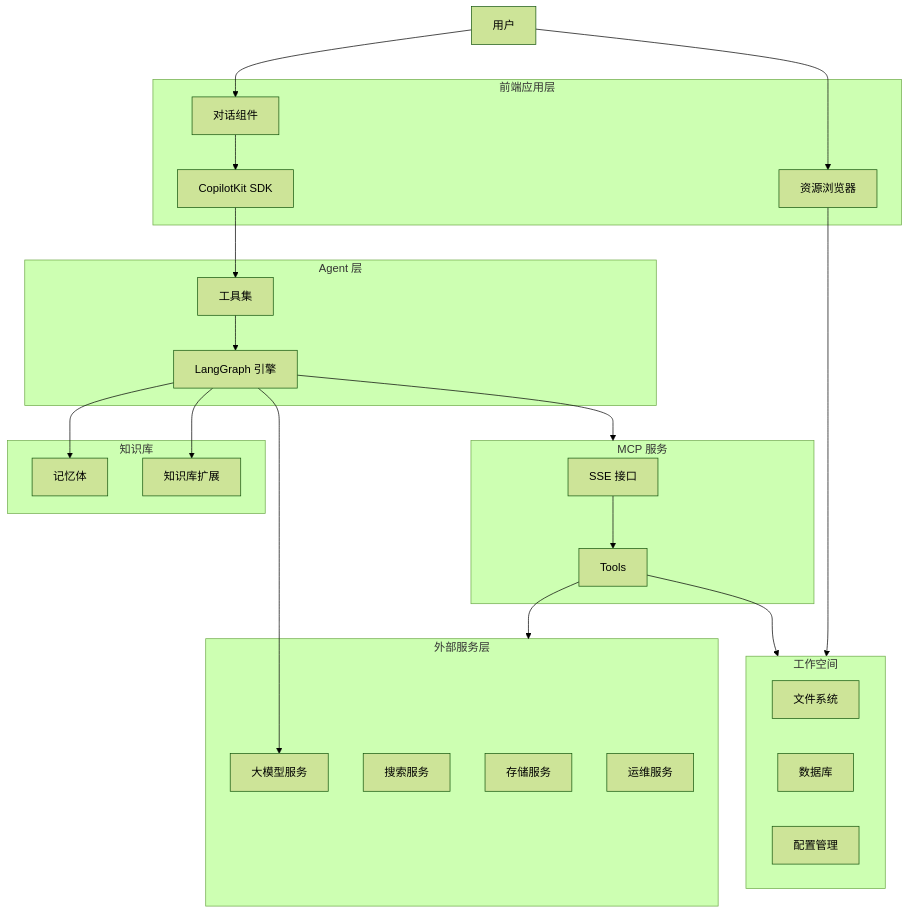
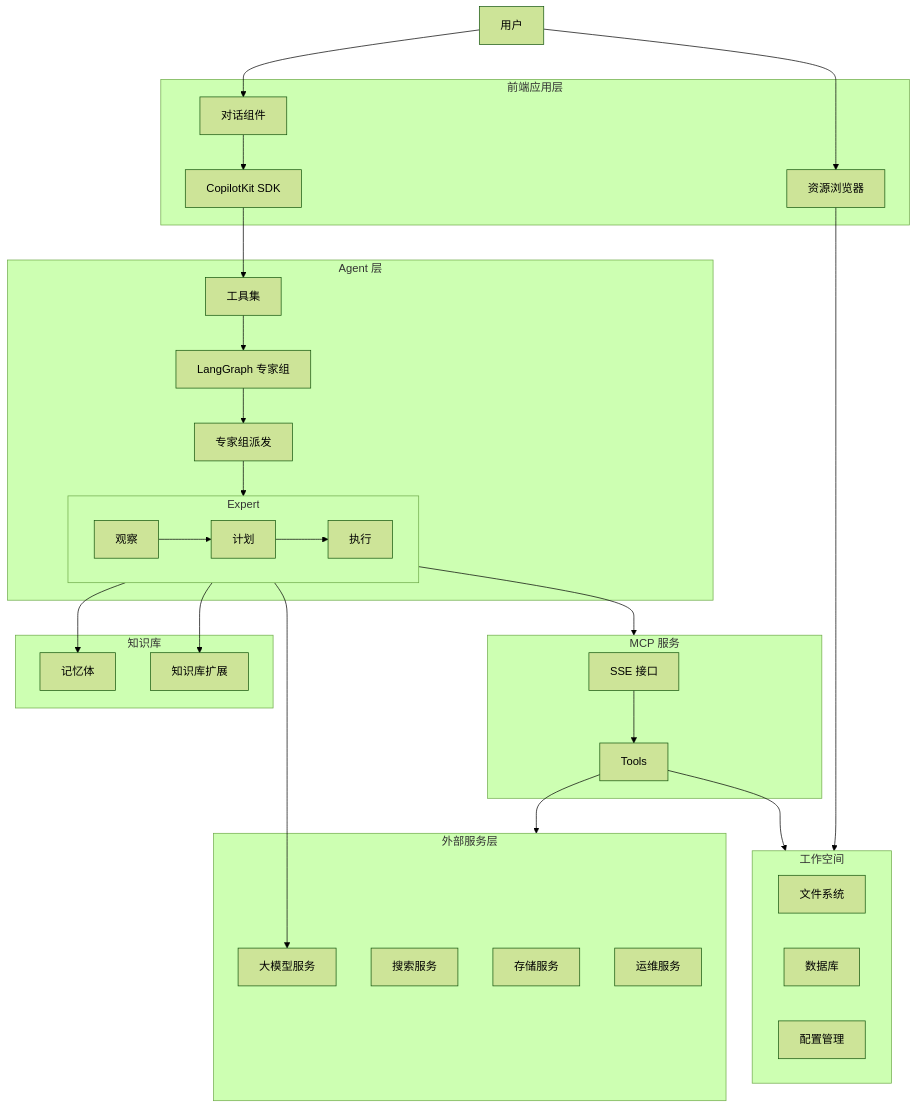
Before and after one commit to KonghaYao/Exalith: the diagram in README.md, drawn with Mermaid (forest theme). The commit also changed 2 other files, not shown here.

Commit message:
feat:  调整架构图及 readme

````diff
--- a/README.md
+++ b/README.md
@@ -38,41 +38,48 @@
 ```mermaid
 flowchart TB
     subgraph Frontend["前端应用层"]
         UI[对话组件]
         SDK[CopilotKit SDK]
         Tools[资源浏览器]
     end
     subgraph Agent["Agent 层"]
-        Engine[LangGraph 引擎]
+        Engine[LangGraph 专家组]
+        Experts[专家组派发]
+        Engine --> Experts
+        Experts--> Expert
         Toolkit[工具集]
+        subgraph Expert
+             观察 --> 计划 --> 执行
+        end
     end
+    
     subgraph KnowledgeBase["知识库"]
         Memory[记忆体]
         ExtKnowledge[知识库扩展]
     end
     subgraph Server["MCP 服务"]
         Endpoint[SSE 接口]
         ToolMgr[Tools]
     end
     subgraph Workspace["工作空间"]
         FS[文件系统]
         DB[数据库]
         Config[配置管理]
     end
     subgraph External["外部服务层"]
         Storage[存储服务]
         Search[搜索服务]
         LLM[大模型服务]
         Ops[运维服务]
     end
 
     Humnan["用户"] --> UI & Tools
     Tools --> Workspace
-    Engine --> Memory & ExtKnowledge & LLM & Server
+    Expert --> Memory & ExtKnowledge & LLM & Server
     Endpoint --> ToolMgr
     ToolMgr --> External & Workspace
     UI --> SDK
     Toolkit --> Engine
     SDK --> Toolkit
 
 ```
````
